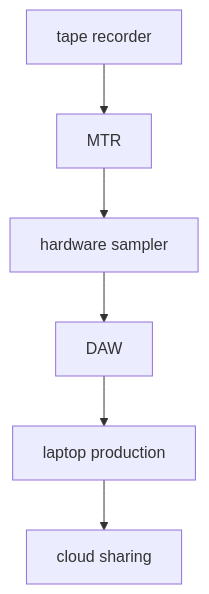
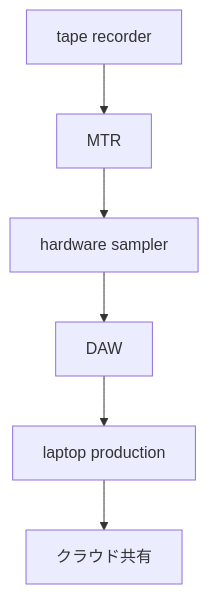
One commit to monumental-movement/monumental-movement.github.io changed the third of 8 diagrams in en/_posts/2026-05-24-column-free-sample-music.md. Above: the diagram before and after it, drawn with Mermaid. The commit also changed other lines of this file and 2196 other files, not shown here.

```diff
--- a/en/_posts/2026-05-24-column-free-sample-music.md
+++ b/en/_posts/2026-05-24-column-free-sample-music.md
@@ -189,8 +188,8 @@
 <div class="mermaid">
 flowchart TD
 A[tape recorder] --> B[MTR]
 B --> C[hardware sampler]
 C --> D[DAW]
 D --> E[laptop production]
-E --> F[cloud sharing]
+E --> F[クラウド共有]
 </div>
```
